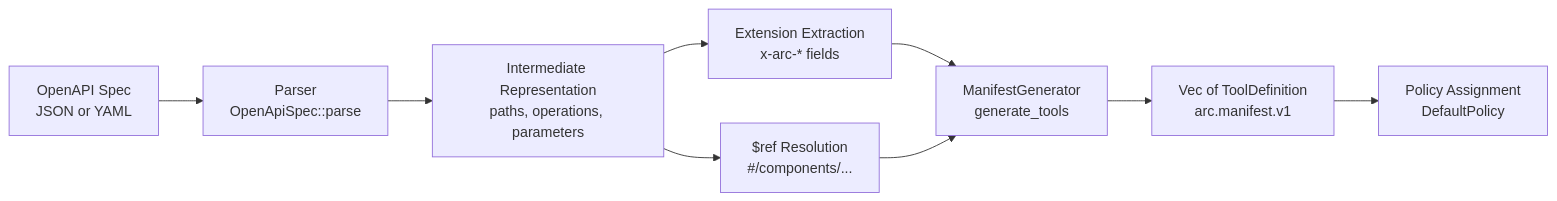
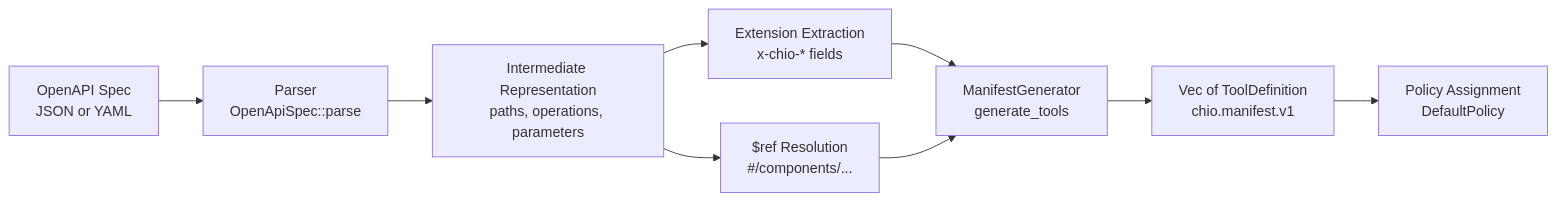
The diagram in spec/OPENAPI-INTEGRATION.md (bb-connor/arc), drawn with Mermaid before and after one commit. The commit also changed other lines of this file and 3351 other files, not shown here.

First line of the commit message:
feat(rename): arc → chio full overhaul

````diff
--- a/spec/OPENAPI-INTEGRATION.md
+++ b/spec/OPENAPI-INTEGRATION.md
@@ -149,11 +149,11 @@
 ```mermaid
 graph LR
     A[OpenAPI Spec<br/>JSON or YAML] --> B[Parser<br/>OpenApiSpec::parse]
     B --> C[Intermediate Representation<br/>paths, operations, parameters]
-    C --> D[Extension Extraction<br/>x-arc-* fields]
+    C --> D[Extension Extraction<br/>x-chio-* fields]
     C --> E[$ref Resolution<br/>#/components/...]
     D --> F[ManifestGenerator<br/>generate_tools]
     E --> F
-    F --> G[Vec of ToolDefinition<br/>arc.manifest.v1]
+    F --> G[Vec of ToolDefinition<br/>chio.manifest.v1]
     G --> H[Policy Assignment<br/>DefaultPolicy]
 ```
````
